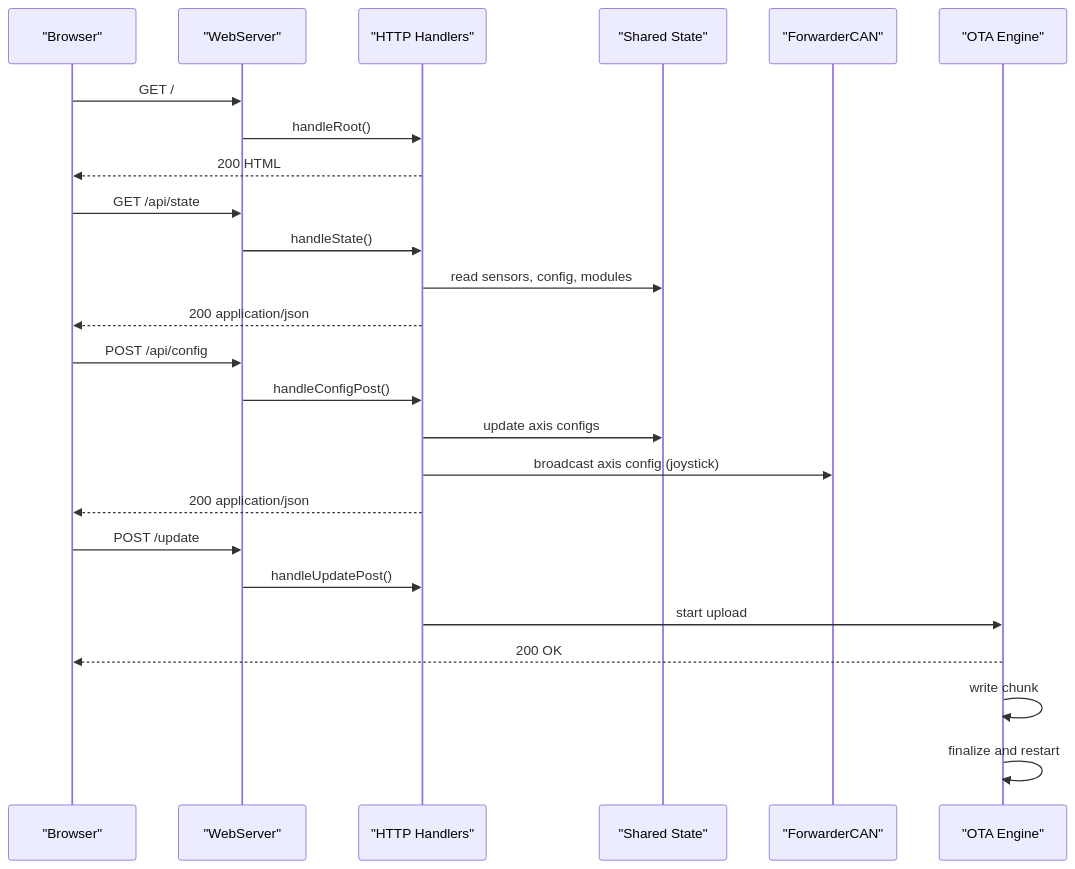
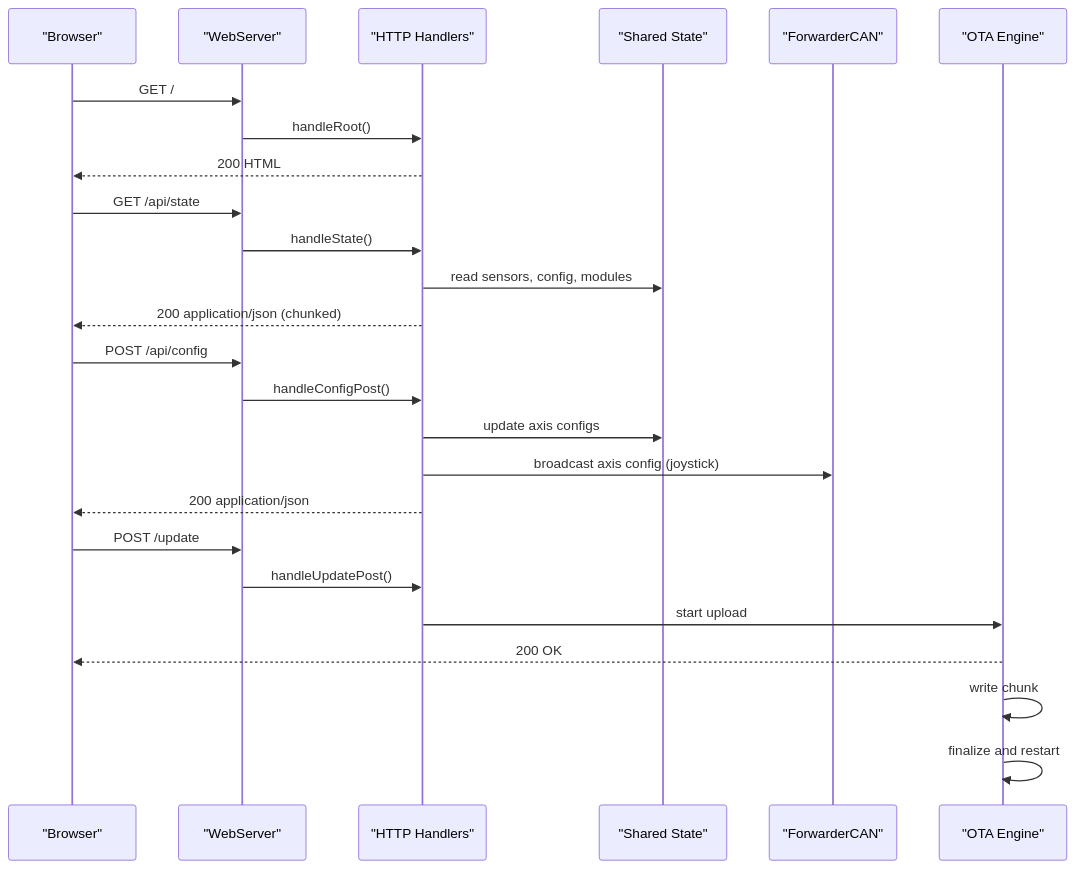
Before and after one commit to gunicsba/ESP_CAN_ECU_joystick_collection: the second of 8 diagrams in .qoder/repowiki/en/content/Web Interface/Web Server Architecture.md, drawn with Mermaid. The commit also changed other lines of this file and 15 other files, not shown here.

````diff
--- a/.qoder/repowiki/en/content/Web Interface/Web Server Architecture.md
+++ b/.qoder/repowiki/en/content/Web Interface/Web Server Architecture.md
@@ -133,27 +140,27 @@
 ```mermaid
 sequenceDiagram
 participant Client as "Browser"
 participant Server as "WebServer"
 participant Handlers as "HTTP Handlers"
 participant State as "Shared State"
 participant CAN as "ForwarderCAN"
 participant OTA as "OTA Engine"
 Client->>Server : GET /
 Server->>Handlers : handleRoot()
 Handlers-->>Client : 200 HTML
 Client->>Server : GET /api/state
 Server->>Handlers : handleState()
 Handlers->>State : read sensors, config, modules
-Handlers-->>Client : 200 application/json
+Handlers-->>Client : 200 application/json (chunked)
 Client->>Server : POST /api/config
 Server->>Handlers : handleConfigPost()
 Handlers->>State : update axis configs
 Handlers->>CAN : broadcast axis config (joystick)
 Handlers-->>Client : 200 application/json
 Client->>Server : POST /update
 Server->>Handlers : handleUpdatePost()
 Handlers->>OTA : start upload
 OTA-->>Client : 200 OK
 OTA->>OTA : write chunk
 OTA->>OTA : finalize and restart
 ```
````
